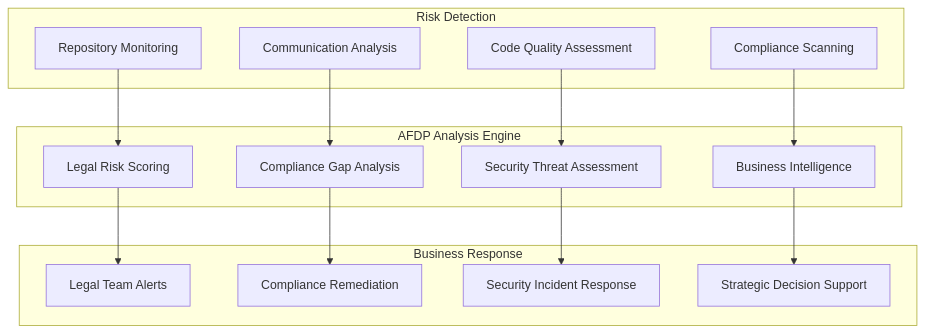
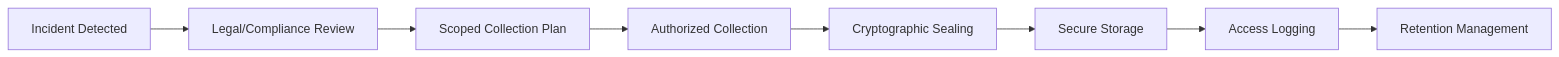
One commit to Caia-Tech/afdp changed the diagram in BUSINESS-USAGE.md. Above: the diagram before and after it, drawn with Mermaid. The commit also changed other lines of this file and 6 other files, not shown here.

````diff
--- a/BUSINESS-USAGE.md
+++ b/BUSINESS-USAGE.md
@@ -112,33 +99,10 @@
 ```mermaid
-graph TB
-    subgraph "Risk Detection"
-        A[Repository Monitoring]
-        B[Communication Analysis]
-        C[Code Quality Assessment]
-        D[Compliance Scanning]
-    end
-    
-    subgraph "AFDP Analysis Engine"
-        E[Legal Risk Scoring]
-        F[Compliance Gap Analysis]
-        G[Security Threat Assessment]
-        H[Business Intelligence]
-    end
-    
-    subgraph "Business Response"
-        I[Legal Team Alerts]
-        J[Compliance Remediation]
-        K[Security Incident Response]
-        L[Strategic Decision Support]
-    end
-    
-    A --> E
-    B --> F
-    C --> G
-    D --> H
-    
-    E --> I
-    F --> J
-    G --> K
-    H --> L
+graph LR
+    A[Incident Detected] --> B[Legal/Compliance Review]
+    B --> C[Scoped Collection Plan]
+    C --> D[Authorized Collection]
+    D --> E[Cryptographic Sealing]
+    E --> F[Secure Storage]
+    F --> G[Access Logging]
+    G --> H[Retention Management]
 ```
````
